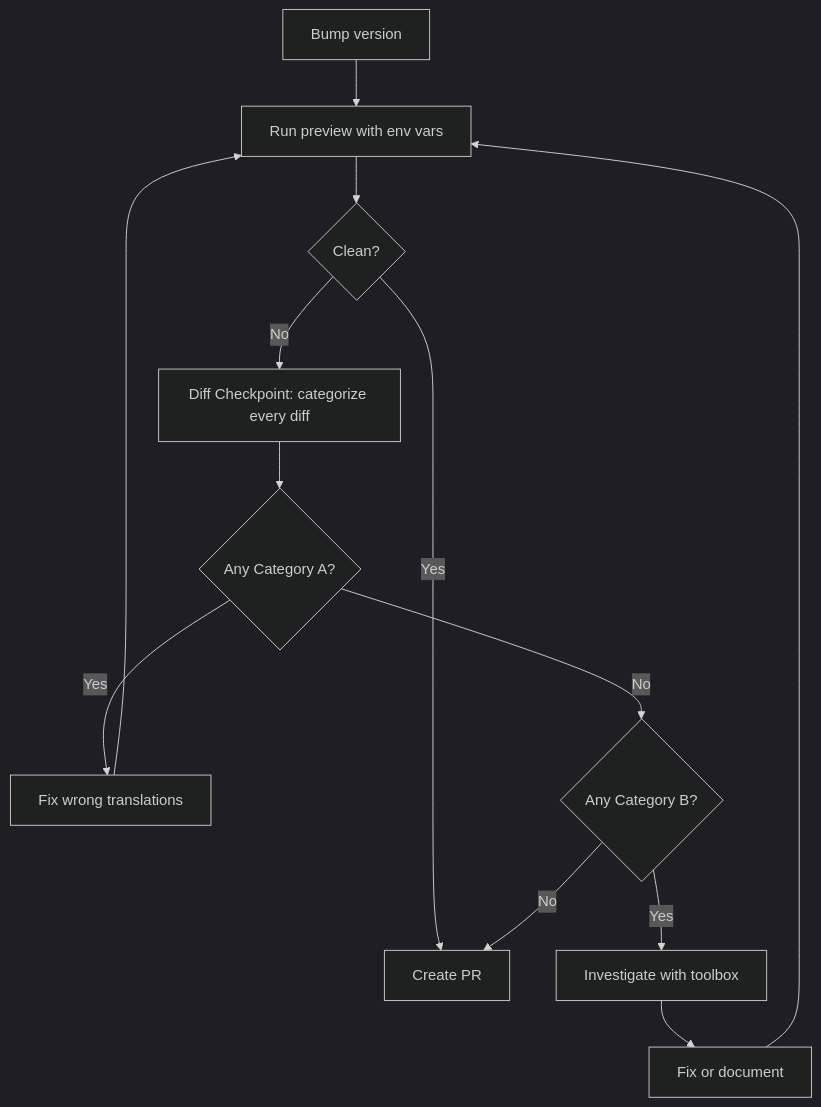
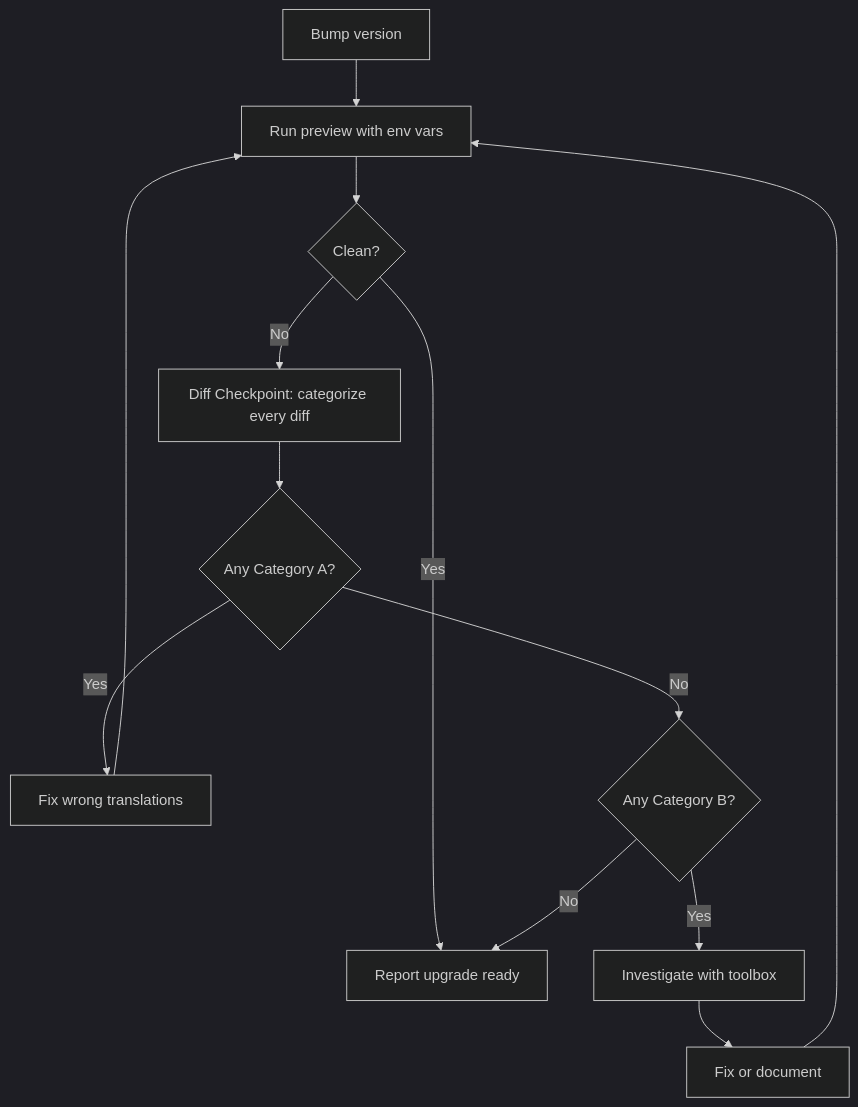
Before and after one commit to wearedevpunks/skills: the diagram in skills/frameworks/pulumi/provider-upgrade/SKILL.md, drawn with Mermaid (dark theme). The commit also changed other lines of this file and 7 other files, not shown here.

Commit message:
feat(skills): add pipeline architecture guidance

````diff
--- a/skills/frameworks/pulumi/provider-upgrade/SKILL.md
+++ b/skills/frameworks/pulumi/provider-upgrade/SKILL.md
@@ -44,15 +44,15 @@
 ```mermaid
 flowchart TD
     A[Bump version] --> B[Run preview with env vars]
     B --> C{Clean?}
-    C -->|Yes| D[Create PR]
+    C -->|Yes| D[Report upgrade ready]
     C -->|No| E[Diff Checkpoint: categorize every diff]
     E --> F{Any Category A?}
     F -->|Yes| G[Fix wrong translations]
     G --> B
     F -->|No| H{Any Category B?}
     H -->|Yes| I[Investigate with toolbox]
     I --> J[Fix or document]
     J --> B
     H -->|No| D
 ```
````
